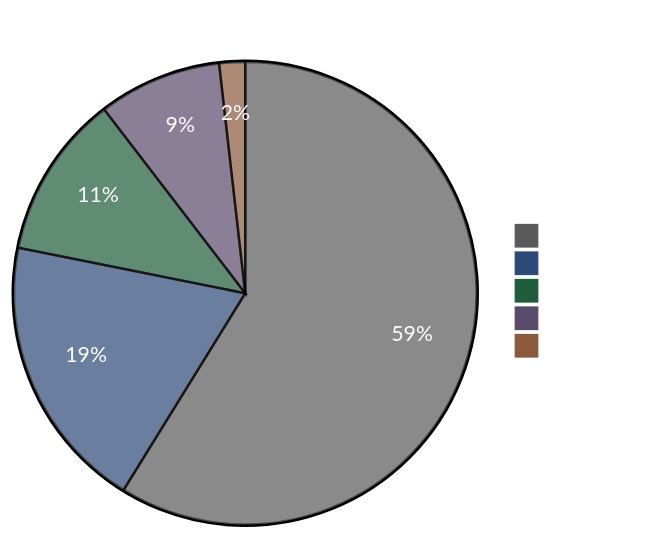
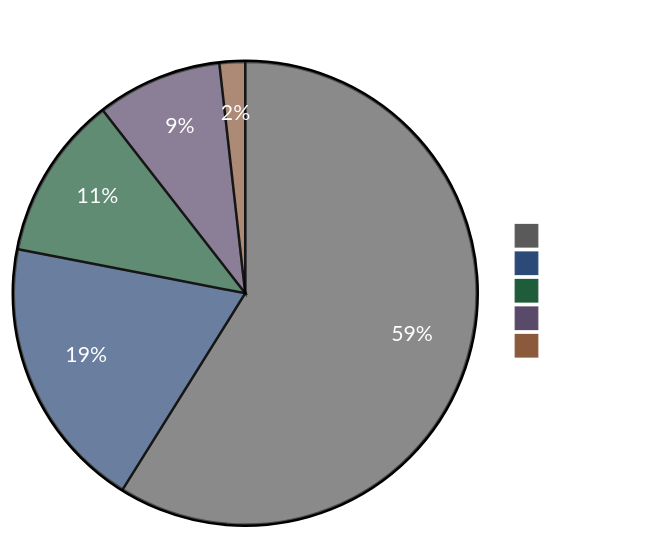
One commit to ShawnBIT/reco-arxiv-daily changed the diagram in README.md. Above: the diagram before and after it, drawn with Mermaid. The commit also changed other lines of this file and 4 other files, not shown here.

````diff
--- a/README.md
+++ b/README.md
@@ -6,19 +6,19 @@
 ```mermaid
 %%{init: {'theme':'base', 'themeVariables': {
   'pie1':'#5a5a5a',
   'pie2':'#2c4a78',
   'pie3':'#1e5c3a',
   'pie4':'#5a4a6a',
   'pie5':'#8b5a3c',
   'pieTitleTextColor':'#ffffff',
   'pieSectionTextColor':'#ffffff',
   'pieLegendTextColor':'#ffffff'
 }}}%%
 pie showData
 title Paper Distribution by Tag
-  "Other" : 587
+  "Other" : 593
   "LLM" : 193
-  "GR" : 114
-  "Seq" : 86
+  "GR" : 115
+  "Seq" : 88
   "Scaling" : 18
 ```
````
